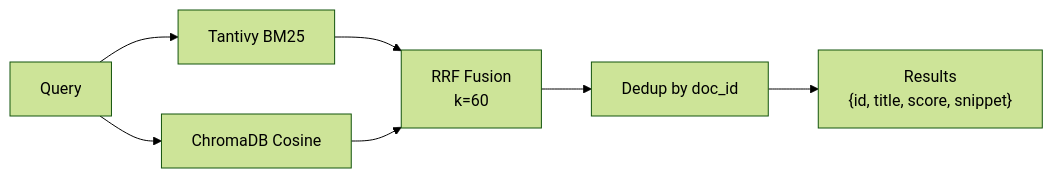
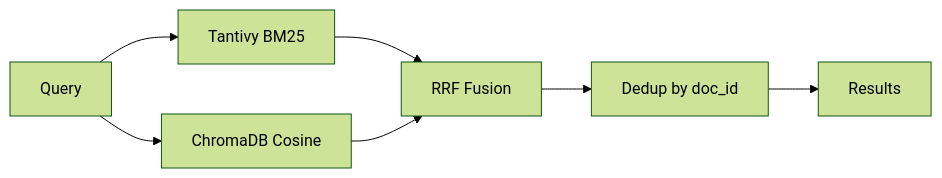
Before and after one commit to agent-lore/lithos-docs: the second of 2 diagrams in docs/concepts/architecture.md, drawn with Mermaid (forest theme). The commit also changed other lines of this file and 2 other files, not shown here.

````diff
--- a/docs/concepts/architecture.md
+++ b/docs/concepts/architecture.md
@@ -78,9 +85,9 @@
 ```mermaid
 flowchart LR
     Q["Query"] --> BM25["Tantivy BM25"]
     Q --> VEC["ChromaDB Cosine"]
-    BM25 --> RRF["RRF Fusion\nk=60"]
+    BM25 --> RRF["RRF Fusion"]
     VEC --> RRF
     RRF --> DEDUP["Dedup by doc_id"]
-    DEDUP --> OUT["Results\n{id, title, score, snippet}"]
+    DEDUP --> OUT["Results"]
 ```
````
